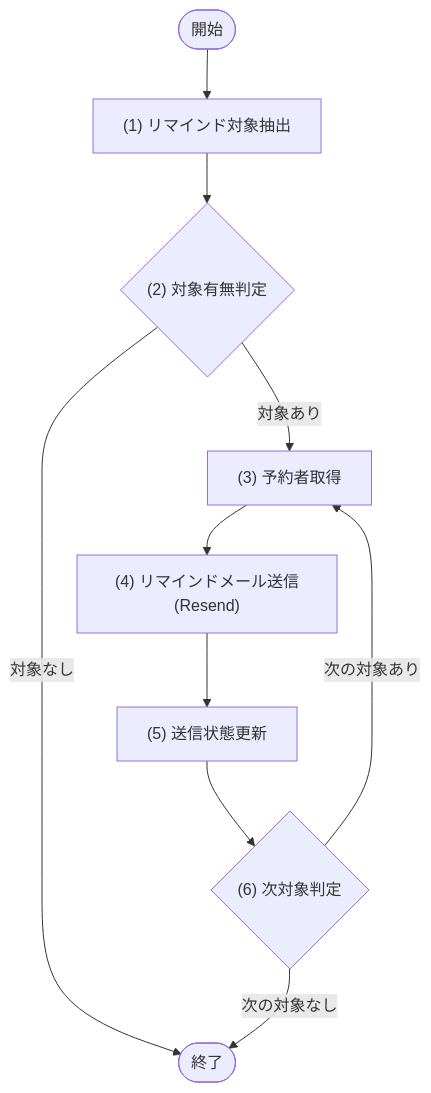
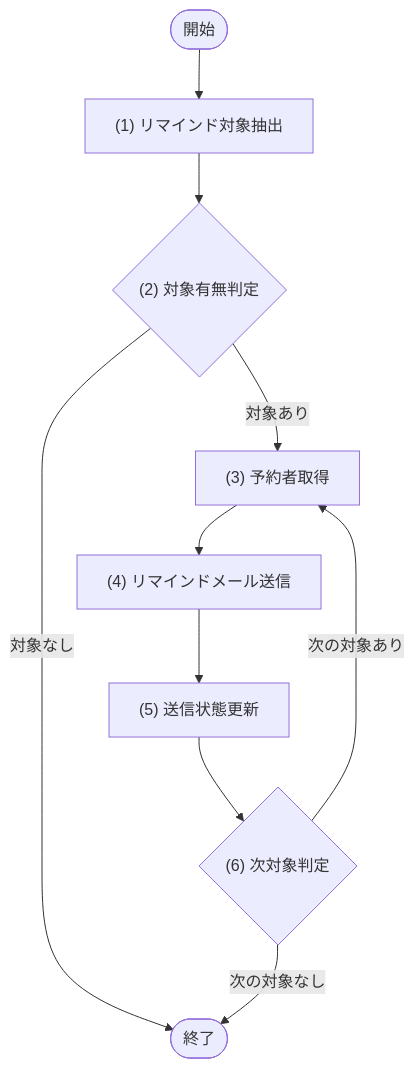
Before and after one commit to sikakou54/system-document-template: the diagram in docs/02_機能設計/05_モジュール設計/MOD-006_通知サービス.md, drawn with Mermaid. The commit also changed 13 other files, not shown here.

Commit message:
docs: keep flowchart labels concise

````diff
--- a/docs/02_機能設計/05_モジュール設計/MOD-006_通知サービス.md
+++ b/docs/02_機能設計/05_モジュール設計/MOD-006_通知サービス.md
@@ -48,17 +48,17 @@
 ```mermaid
 flowchart TD
   Start([開始])
   P1["(1) リマインド対象抽出"]
   D1{"(2) 対象有無判定"}
   P2["(3) 予約者取得"]
-  P3["(4) リマインドメール送信(Resend)"]
+  P3["(4) リマインドメール送信"]
   P4["(5) 送信状態更新"]
   D2{"(6) 次対象判定"}
   End([終了])
 
   Start --> P1 --> D1
   D1 -- "対象なし" --> End
   D1 -- "対象あり" --> P2 --> P3 --> P4 --> D2
   D2 -- "次の対象あり" --> P2
   D2 -- "次の対象なし" --> End
 ```
````
